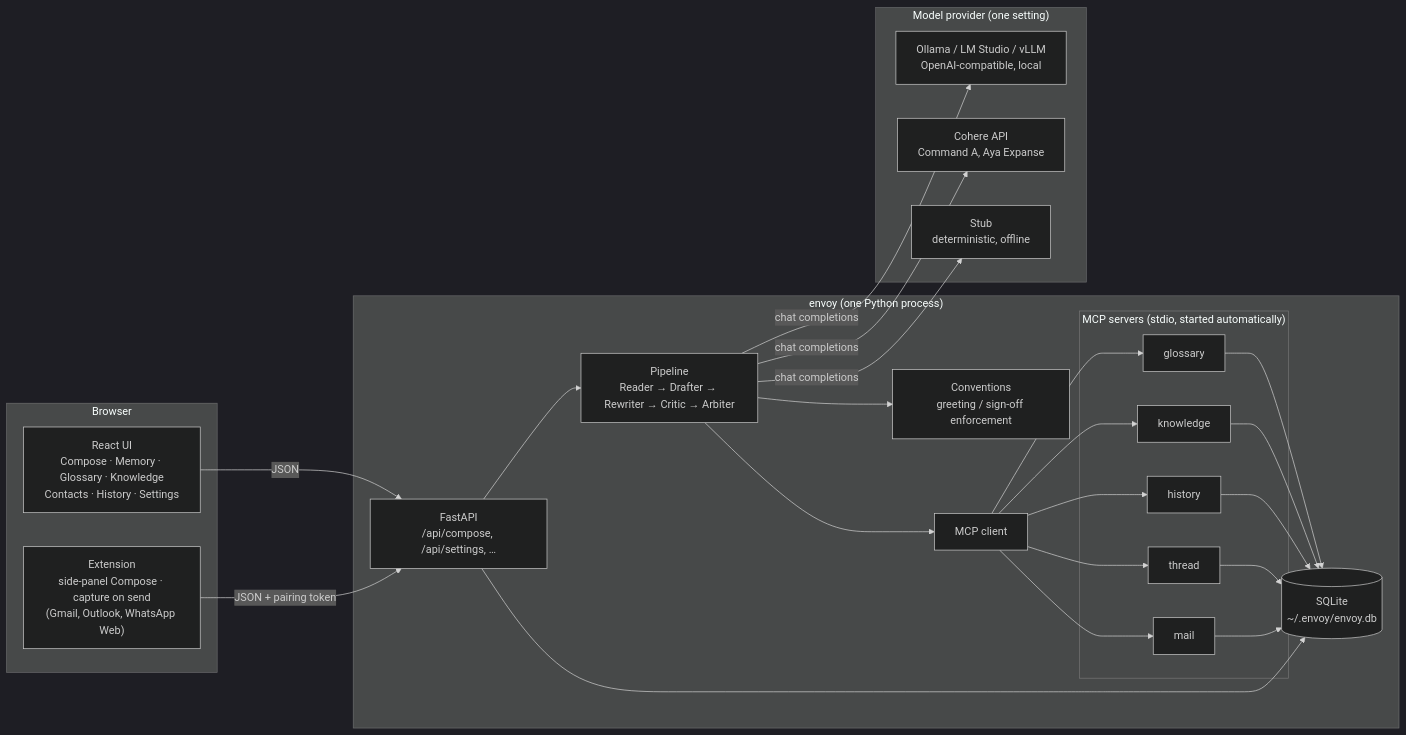
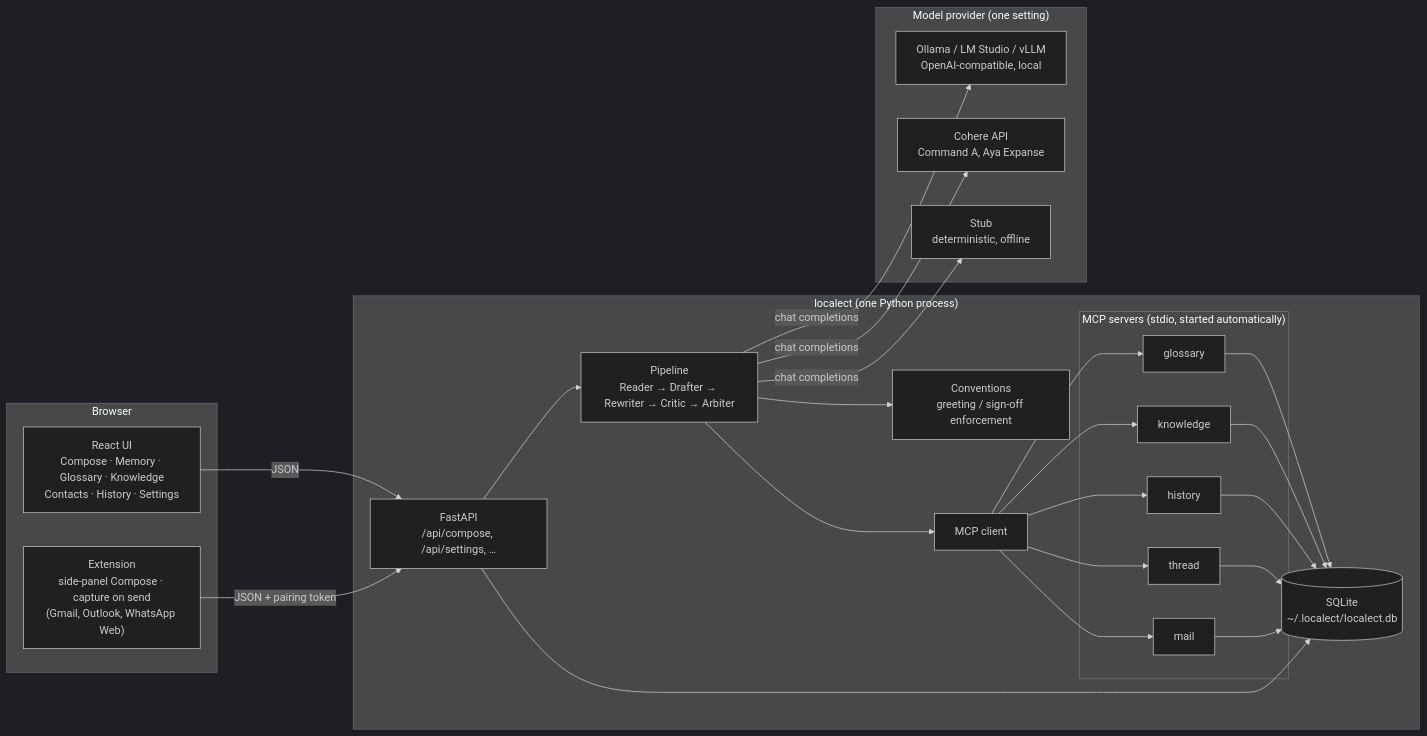
Before and after one commit to Saltef/Localect: the first of 4 diagrams in docs/ARCHITECTURE.md, drawn with Mermaid (dark theme). The commit also changed other lines of this file and 202 other files, not shown here.

````diff
--- a/docs/ARCHITECTURE.md
+++ b/docs/ARCHITECTURE.md
@@ -12,37 +12,37 @@
 ```mermaid
 flowchart LR
     subgraph Browser
         UI["React UI<br/>Compose · Memory · Glossary · Knowledge<br/>Contacts · History · Settings"]
         EXT["Extension<br/>side-panel Compose · capture on send<br/>(Gmail, Outlook, WhatsApp Web)"]
     end
 
-    subgraph "envoy (one Python process)"
+    subgraph "localect (one Python process)"
         API["FastAPI<br/>/api/compose, /api/settings, …"]
         PIPE["Pipeline<br/>Reader → Drafter → Rewriter → Critic → Arbiter"]
         CONV["Conventions<br/>greeting / sign-off enforcement"]
         MCPC["MCP client"]
-        DB[("SQLite<br/>~/.envoy/envoy.db")]
+        DB[("SQLite<br/>~/.localect/localect.db")]
         subgraph "MCP servers (stdio, started automatically)"
             G[glossary]
             K[knowledge]
             H[history]
             T[thread]
             ML[mail]
         end
     end
 
     subgraph "Model provider (one setting)"
         M1["Ollama / LM Studio / vLLM<br/>OpenAI-compatible, local"]
         M2["Cohere API<br/>Command A, Aya Expanse"]
         M3["Stub<br/>deterministic, offline"]
     end
 
     UI -->|JSON| API --> PIPE
     EXT -->|JSON + pairing token| API
     PIPE --> CONV
     PIPE --> MCPC --> G & K & H & T & ML --> DB
     API --> DB
     PIPE -->|chat completions| M1
     PIPE -->|chat completions| M2
     PIPE -->|chat completions| M3
 ```
````
